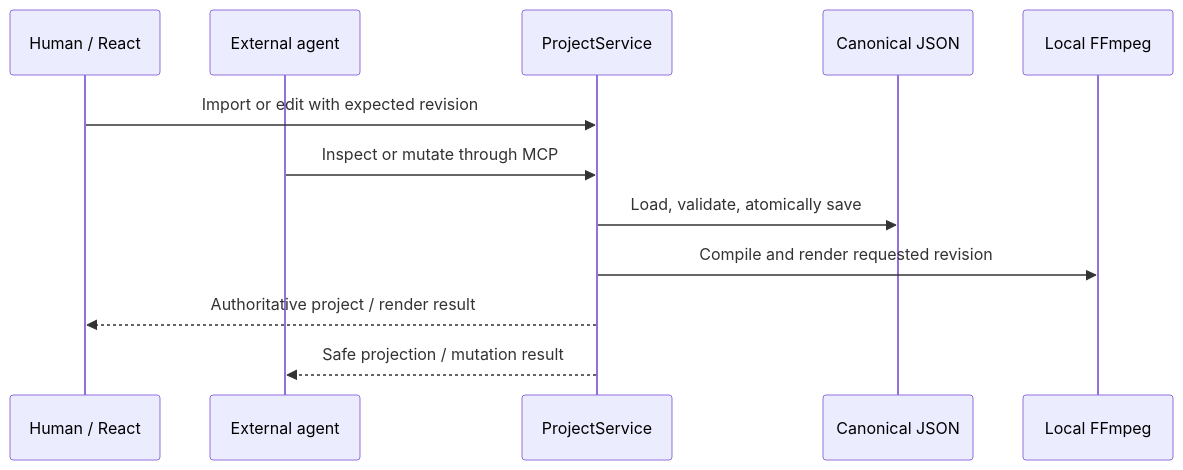
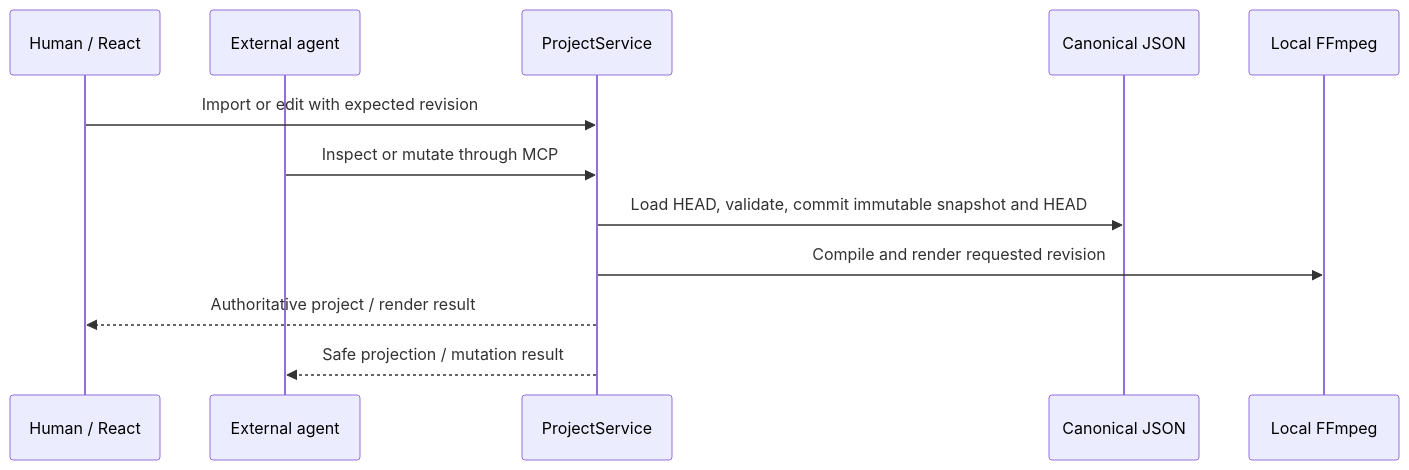
One commit to VardiF/TextSequence changed the second of 2 diagrams in docs/architecture.md. Above: the diagram before and after it, drawn with Mermaid. The commit also changed other lines of this file and 31 other files, not shown here.

Commit message:
feat: implement TextSequence v0.2.0 identity and revision foundation

````diff
--- a/docs/architecture.md
+++ b/docs/architecture.md
@@ -40,14 +47,14 @@
 ```mermaid
 sequenceDiagram
     participant H as Human / React
     participant A as External agent
     participant S as ProjectService
     participant P as Canonical JSON
     participant F as Local FFmpeg
     H->>S: Import or edit with expected revision
     A->>S: Inspect or mutate through MCP
-    S->>P: Load, validate, atomically save
+    S->>P: Load HEAD, validate, commit immutable snapshot and HEAD
     S->>F: Compile and render requested revision
     S-->>H: Authoritative project / render result
     S-->>A: Safe projection / mutation result
 ```
````
